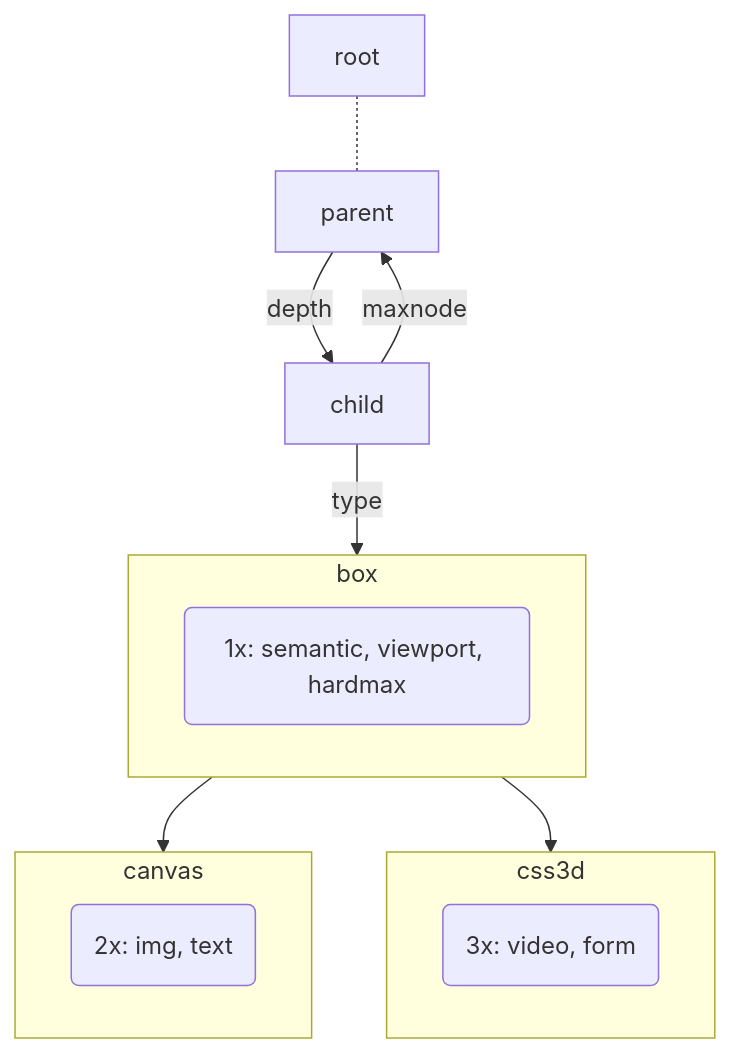
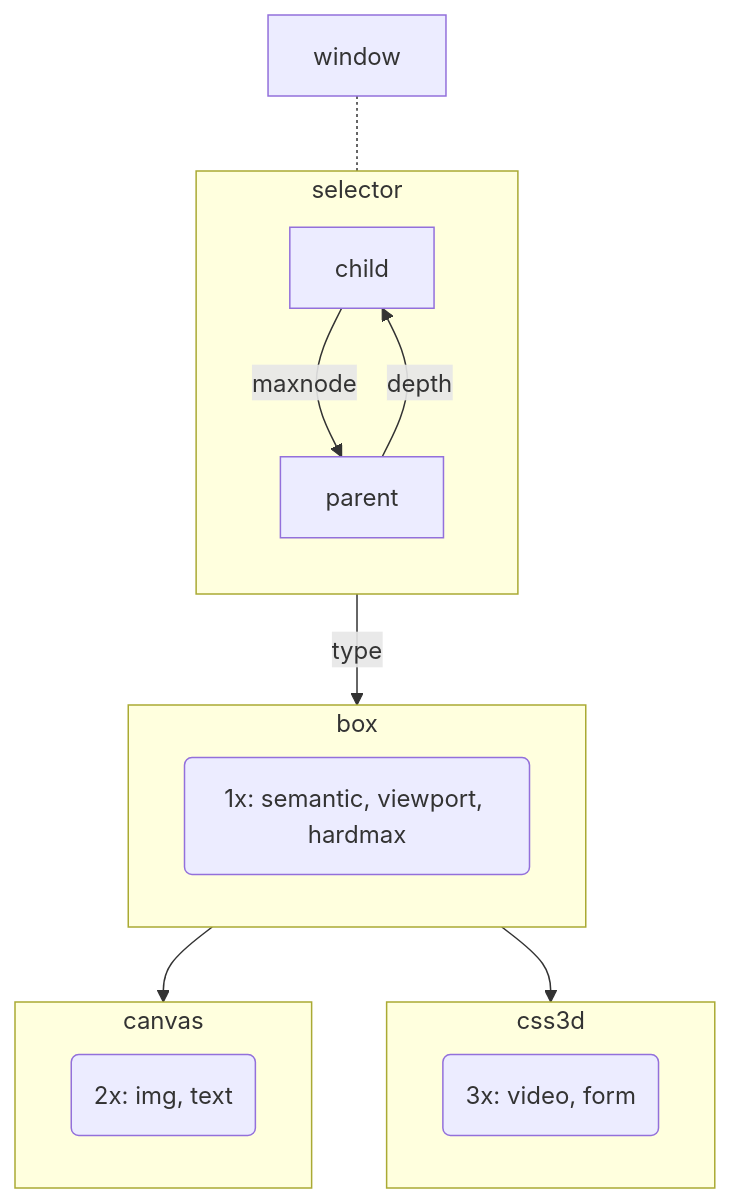
The diagram in README.md (KurtPachinger/mpos-precept), drawn with Mermaid before and after one commit.

````diff
--- a/README.md
+++ b/README.md
@@ -5,25 +5,34 @@
 ```mermaid
-graph TB;
+flowchart TB;
+
+
 
 
 subgraph box
   b("1x: semantic, viewport, hardmax")
 end
 
 subgraph canvas
   c("2x: img, text")
 end
 
 subgraph css3d
   s("3x: video, form")
 end
 
-root -.- parent
-parent--depth-->child
-child--maxnode-->parent
-child--type-->box
+window -.- selector
+subgraph selector
+ direction TB
+ child--maxnode-->parent
+ parent--depth-->child
+
+
+end
+selector--type-->box
+
+
 
 box-->canvas
 box-->css3d
 
 ```
````
